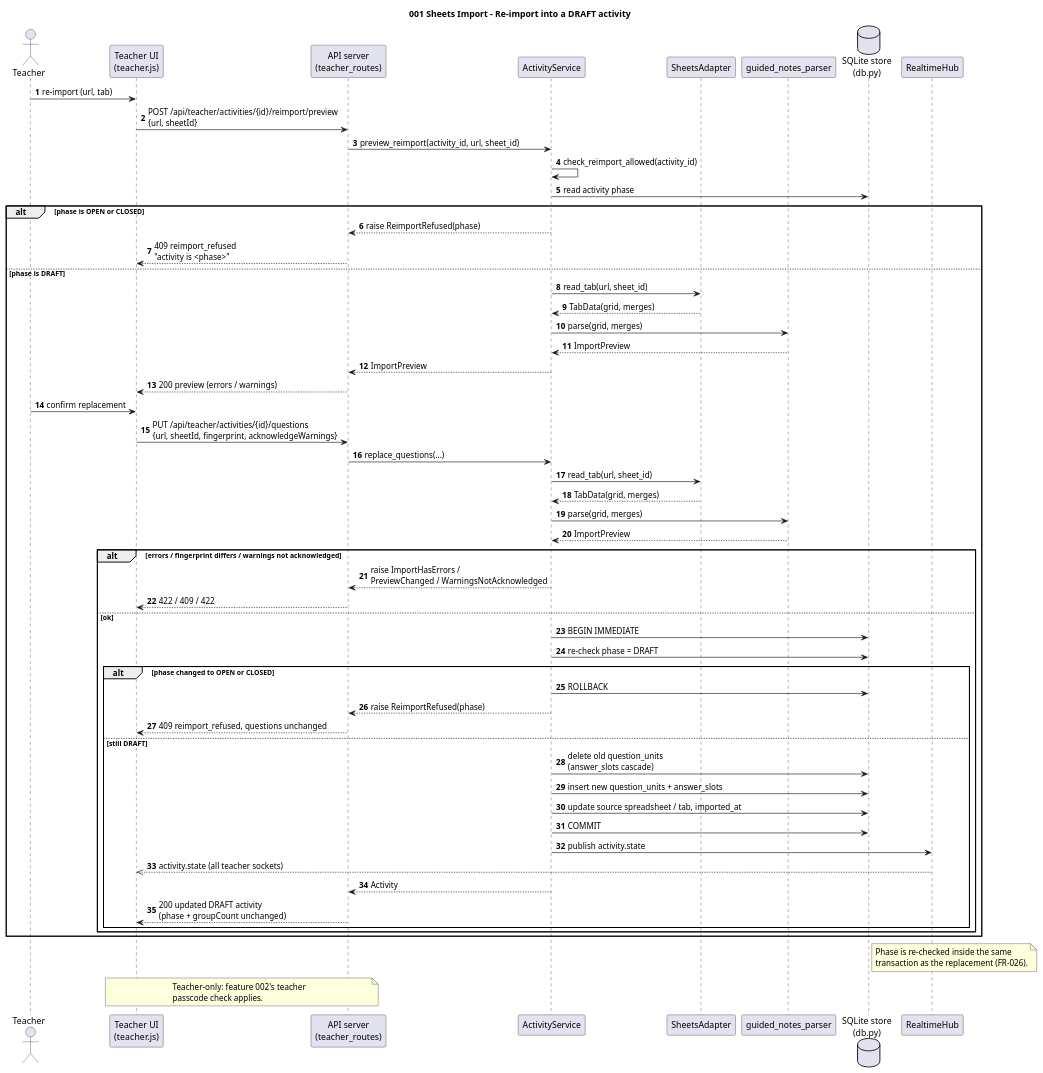
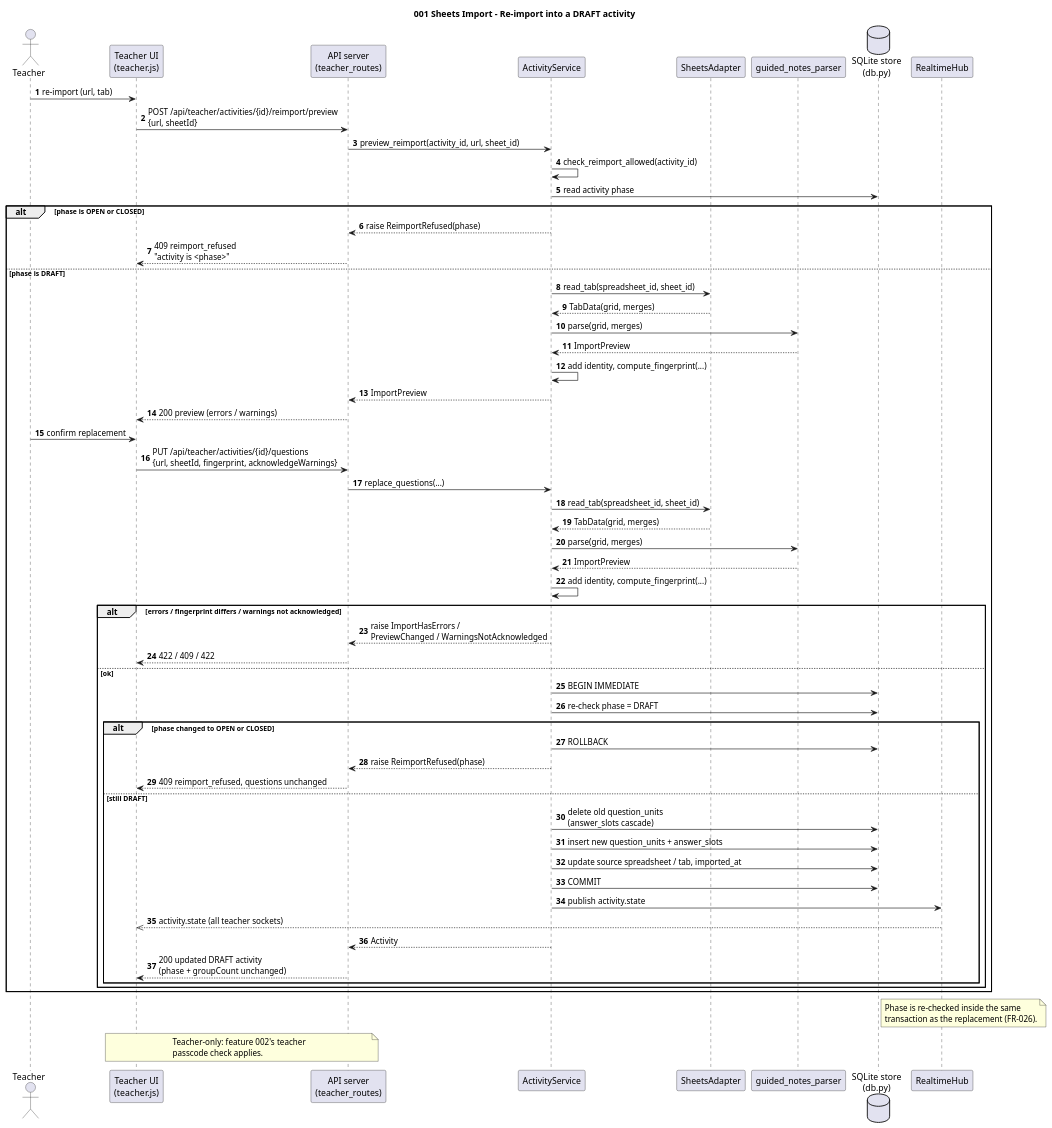
One commit to WasabiSaikou/quiz-buzzer changed the diagram in diagrams/001-seq-reimport.puml. Above: the diagram before and after it, drawn with PlantUML. The commit also changed 16 other files, not shown here.

```diff
--- a/diagrams/001-seq-reimport.puml
+++ b/diagrams/001-seq-reimport.puml
@@ -1,71 +1,73 @@
 @startuml 001-seq-reimport
 title 001 Sheets Import - Re-import into a DRAFT activity
 
 skinparam shadowing false
 skinparam defaultFontName "Microsoft JhengHei"
 autonumber
 
 actor Teacher
 participant "Teacher UI\n(teacher.js)" as TUI
 participant "API server\n(teacher_routes)" as API
 participant "ActivityService" as ACT
 participant "SheetsAdapter" as SA
 participant "guided_notes_parser" as PARSER
 database "SQLite store\n(db.py)" as DB
 participant "RealtimeHub" as RT
 
 Teacher -> TUI : re-import (url, tab)
 TUI -> API : POST /api/teacher/activities/{id}/reimport/preview\n{url, sheetId}
 API -> ACT : preview_reimport(activity_id, url, sheet_id)
 ACT -> ACT : check_reimport_allowed(activity_id)
 ACT -> DB : read activity phase
 alt phase is OPEN or CLOSED
   ACT --> API : raise ReimportRefused(phase)
   API --> TUI : 409 reimport_refused\n"activity is <phase>"
 else phase is DRAFT
-  ACT -> SA : read_tab(url, sheet_id)
+  ACT -> SA : read_tab(spreadsheet_id, sheet_id)
   SA --> ACT : TabData(grid, merges)
   ACT -> PARSER : parse(grid, merges)
   PARSER --> ACT : ImportPreview
+  ACT -> ACT : add identity, compute_fingerprint(...)
   ACT --> API : ImportPreview
   API --> TUI : 200 preview (errors / warnings)
   Teacher -> TUI : confirm replacement
   TUI -> API : PUT /api/teacher/activities/{id}/questions\n{url, sheetId, fingerprint, acknowledgeWarnings}
   API -> ACT : replace_questions(...)
-  ACT -> SA : read_tab(url, sheet_id)
+  ACT -> SA : read_tab(spreadsheet_id, sheet_id)
   SA --> ACT : TabData(grid, merges)
   ACT -> PARSER : parse(grid, merges)
   PARSER --> ACT : ImportPreview
+  ACT -> ACT : add identity, compute_fingerprint(...)
   alt errors / fingerprint differs / warnings not acknowledged
     ACT --> API : raise ImportHasErrors /\nPreviewChanged / WarningsNotAcknowledged
     API --> TUI : 422 / 409 / 422
   else ok
     ACT -> DB : BEGIN IMMEDIATE
     ACT -> DB : re-check phase = DRAFT
     alt phase changed to OPEN or CLOSED
       ACT -> DB : ROLLBACK
       ACT --> API : raise ReimportRefused(phase)
       API --> TUI : 409 reimport_refused, questions unchanged
     else still DRAFT
       ACT -> DB : delete old question_units\n(answer_slots cascade)
       ACT -> DB : insert new question_units + answer_slots
       ACT -> DB : update source spreadsheet / tab, imported_at
       ACT -> DB : COMMIT
       ACT -> RT : publish activity.state
       RT -->> TUI : activity.state (all teacher sockets)
       ACT --> API : Activity
       API --> TUI : 200 updated DRAFT activity\n(phase + groupCount unchanged)
     end
   end
 end
 
 note right of DB
   Phase is re-checked inside the same
   transaction as the replacement (FR-026).
 end note
 
 note over TUI, API
   Teacher-only: feature 002's teacher
   passcode check applies.
 end note
 @enduml
```
